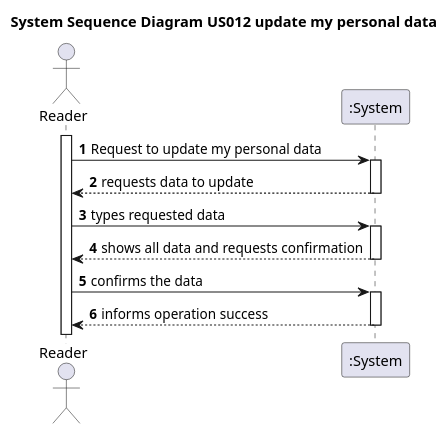
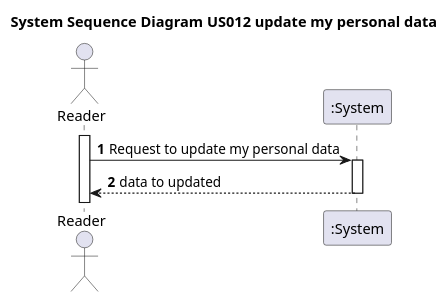
One commit to GODinho211/psoft-project-G2 changed the diagram in docs/Phase_1/WP_3A/US012/US012-SSD.puml. Above: the diagram before and after it, drawn with PlantUML. The commit also changed 4 other files, not shown here.

```diff
--- a/docs/Phase_1/WP_3A/US012/US012-SSD.puml
+++ b/docs/Phase_1/WP_3A/US012/US012-SSD.puml
@@ -1,22 +1,17 @@
 @startuml
 'https://plantuml.com/sequence-diagram
 
 title System Sequence Diagram US012 update my personal data
 
 autoactivate on
 autonumber
 
 actor "Reader" as Administrator
 participant ":System" as System
 
 activate Administrator
 
 Administrator -> System: Request to update my personal data
-System --> Administrator: requests data to update
+System --> Administrator:  data to updated
 
-Administrator -> System: types requested data
-System --> Administrator: shows all data and requests confirmation
-
-Administrator -> System: confirms the data
-System --> Administrator: informs operation success
 @enduml
```
